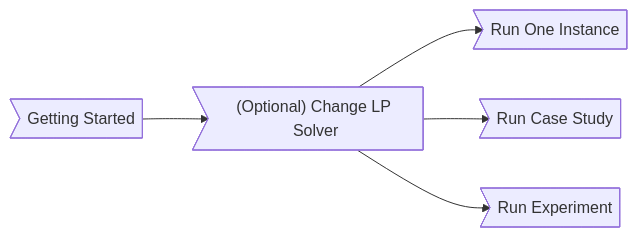
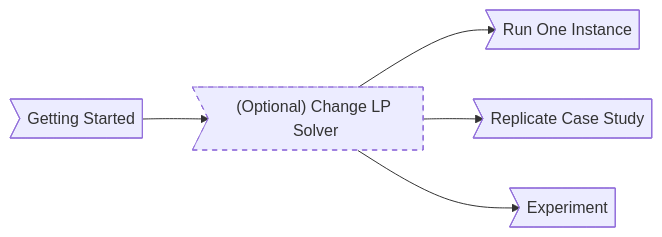
One commit to daichou03/AnchoredDensestSubgraph changed the first of 8 diagrams in README.md. Above: the diagram before and after it, drawn with Mermaid. The commit also changed other lines of this file and 1 other file, not shown here.

````diff
--- a/README.md
+++ b/README.md
@@ -7,12 +7,13 @@
 ```mermaid
 flowchart LR
     A>"Getting Started"]
     B>"(Optional) Change LP Solver"]
     C1>"Run One Instance"]
-    C2>"Run Case Study"]
-    C3>"Run Experiment"]
+    C2>"Replicate Case Study"]
+    C3>"Experiment"]
     A --> B
     B --> C1
     B --> C2
     B --> C3
+    style B stroke-dasharray: 5 5
 ```
````
